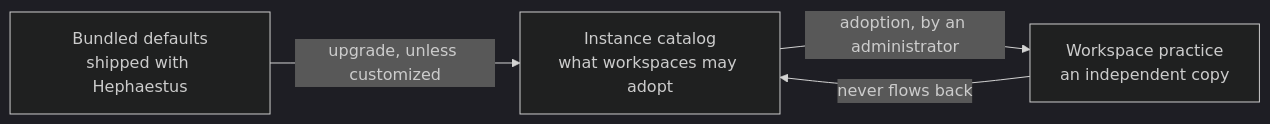
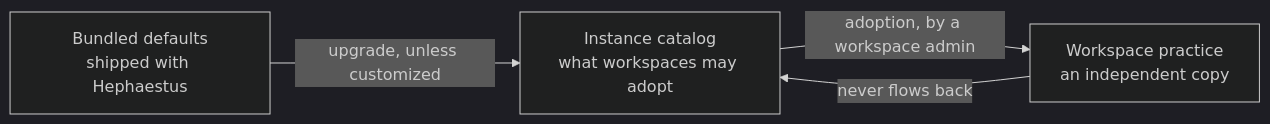
The diagram in docs/admin/practice-catalog.mdx (hephaestus-build/Hephaestus), drawn with Mermaid (dark theme) before and after one commit. The commit also changed other lines of this file and 214 other files, not shown here.

````diff
--- a/docs/admin/practice-catalog.mdx
+++ b/docs/admin/practice-catalog.mdx
@@ -13,8 +13,8 @@
 ```mermaid
 flowchart LR
     accTitle: The three places a practice definition lives
-    accDescr: Hephaestus ships bundled defaults. An instance administrator customizes them in the instance catalog. The catalog determines what workspaces can adopt. A workspace administrator adopts an independent copy. The administrator reviews later updates before they apply.
+    accDescr: Hephaestus ships bundled defaults. An instance admin customizes them in the instance catalog. The catalog determines what workspaces can adopt. A workspace admin adopts an independent copy. The workspace admin reviews later updates before they apply.
     Bundled[Bundled defaults<br/>shipped with Hephaestus] -->|upgrade, unless customized| Catalog[Instance catalog<br/>what workspaces may adopt]
-    Catalog -->|adoption, by an administrator| Copy[Workspace practice<br/>an independent copy]
+    Catalog -->|adoption, by a workspace admin| Copy[Workspace practice<br/>an independent copy]
     Copy -->|never flows back| Catalog
 ```
````
